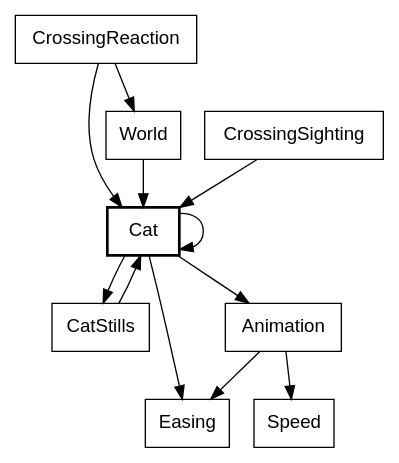
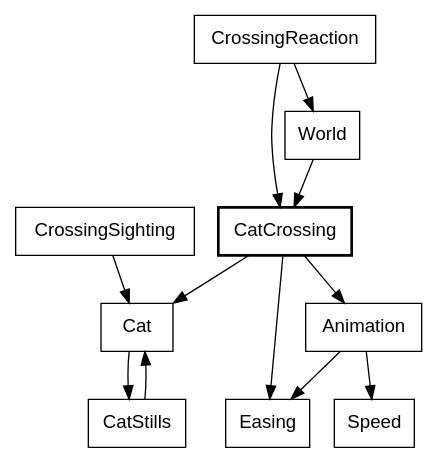
Diagram 22 of 35 in canvas_apps/safari/tutorial/tutorial.md (showell/roc-apps), drawn with Graphviz before and after one commit. The commit also changed other lines of this file, not shown here.

Commit message:
tutorial: the cat diagrams name CatCrossing, and three stale Posed names

````diff
--- a/canvas_apps/safari/tutorial/tutorial.md
+++ b/canvas_apps/safari/tutorial/tutorial.md
@@ -2092,17 +2092,17 @@
 ```dot
 digraph cat {
   node [shape=box, fontname="Helvetica"];
-  Cat [style=bold];
-  World -> Cat;
-  CrossingReaction -> Cat;
+  CatCrossing [style=bold];
+  World -> CatCrossing;
+  CrossingReaction -> CatCrossing;
   CrossingReaction -> World;
   CrossingSighting -> Cat;
-  Cat -> Cat;
+  CatCrossing -> Cat;
   Cat -> CatStills;
   CatStills -> Cat;
-  Cat -> Animation;
-  Cat -> Easing;
+  CatCrossing -> Animation;
+  CatCrossing -> Easing;
   Animation -> Easing;
   Animation -> Speed;
 }
 ```
````
